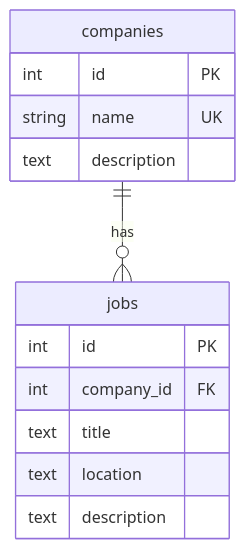
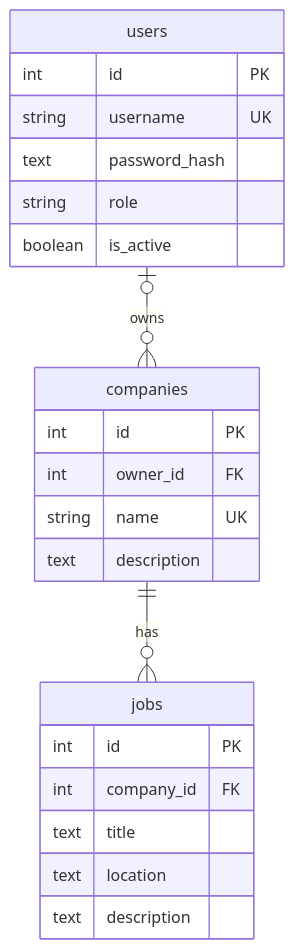
Before and after one commit to zsklav/workwise: the second of 2 diagrams in README.md, drawn with Mermaid. The commit also changed other lines of this file and 23 other files, not shown here.

````diff
--- a/README.md
+++ b/README.md
@@ -60,16 +63,25 @@
 ```mermaid
 erDiagram
+    users o|--o{ companies : owns
     companies ||--o{ jobs : has
+    users {
+        int id PK
+        string username UK
+        text password_hash
+        string role
+        boolean is_active
+    }
     companies {
         int id PK
+        int owner_id FK
         string name UK
         text description
     }
     jobs {
         int id PK
         int company_id FK
         text title
         text location
         text description
     }
 ```
````
